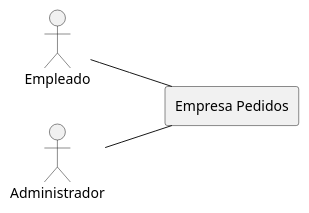
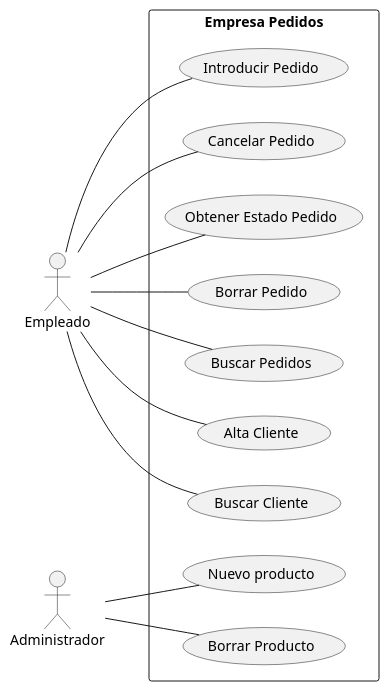
Before and after one commit to NuriaSan/PlantUML_II_NuriaSanchez: the diagram in src/PlantUML_II.puml, drawn with PlantUML.

Commit message:
Diagrama inicial

```diff
--- a/src/PlantUML_II.puml
+++ b/src/PlantUML_II.puml
@@ -1,17 +1,28 @@
 @startuml
 left to right direction
 actor "Empleado" as em
 actor "Administrador" as ad
 
 rectangle "Empresa Pedidos"{
-
-
-
-
-
+usecase "Introducir Pedido" as ip
+usecase "Cancelar Pedido" as cp
+usecase "Obtener Estado Pedido" as op
+usecase "Borrar Pedido" as bop
+usecase "Buscar Pedidos" as bup
+usecase "Alta Cliente" as ac
+usecase "Buscar Cliente" as bc
+usecase "Nuevo producto" as np
+usecase "Borrar Producto" as bpro
 }
-em--"Empresa Pedidos"
-ad--"Empresa Pedidos"
+em--ip
+em--cp
+em--op
+em--bop
+em--bup
+em--ac
+em--bc
+ad--np
+ad--bpro
 
 
 @enduml
```
